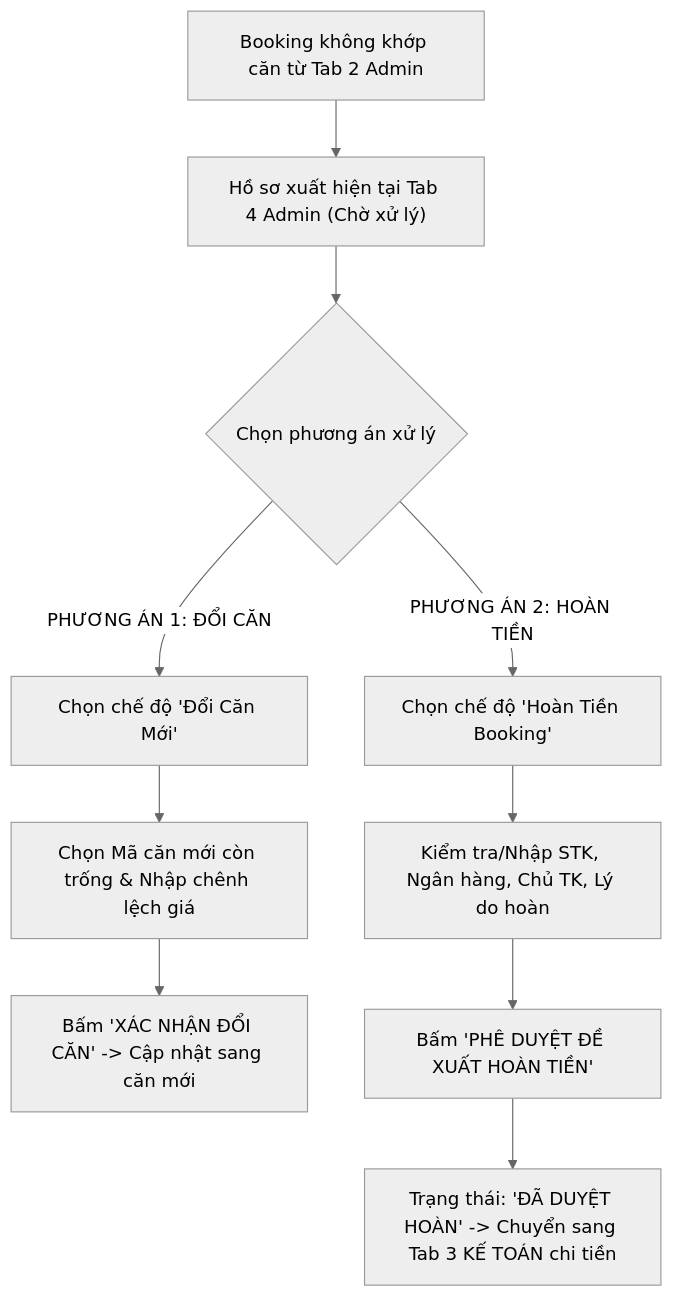
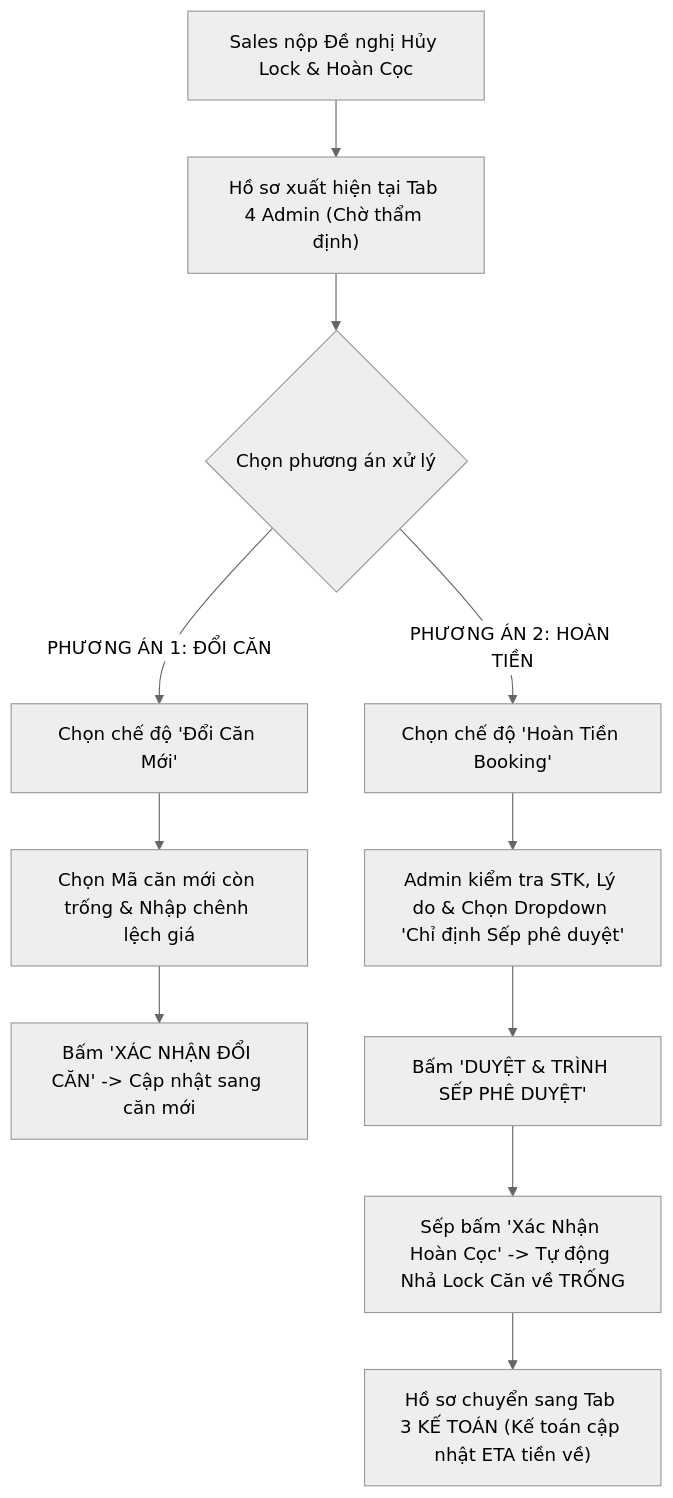
Before and after one commit to hdz1210/NW-BA-booking-document: the diagram in admin/TAB_04_HOAN_BOOKING_VA_DOI_CAN.md, drawn with Mermaid (neutral theme). The commit also changed other lines of this file and 3 other files, not shown here.

Commit message:
docs(ba): update cancel lock and refund workflow with boss approval and real-time ETA tracking

````diff
--- a/admin/TAB_04_HOAN_BOOKING_VA_DOI_CAN.md
+++ b/admin/TAB_04_HOAN_BOOKING_VA_DOI_CAN.md
@@ -22,16 +25,17 @@
 ```mermaid
 flowchart TD
-    A["Booking không khớp căn từ Tab 2 Admin"] --> B["Hồ sơ xuất hiện tại Tab 4 Admin (Chờ xử lý)"]
+    A["Sales nộp Đề nghị Hủy Lock & Hoàn Cọc"] --> B["Hồ sơ xuất hiện tại Tab 4 Admin (Chờ thẩm định)"]
     B --> C{"Chọn phương án xử lý"}
     
     %% Luồng Đổi Căn
     C -- "PHƯƠNG ÁN 1: ĐỔI CĂN" --> D["Chọn chế độ 'Đổi Căn Mới'"]
     D --> E["Chọn Mã căn mới còn trống & Nhập chênh lệch giá"]
     E --> F["Bấm 'XÁC NHẬN ĐỔI CĂN' -> Cập nhật sang căn mới"]
     
     %% Luồng Hoàn Tiền
     C -- "PHƯƠNG ÁN 2: HOÀN TIỀN" --> G["Chọn chế độ 'Hoàn Tiền Booking'"]
-    G --> H["Kiểm tra/Nhập STK, Ngân hàng, Chủ TK, Lý do hoàn"]
-    H --> I["Bấm 'PHÊ DUYỆT ĐỀ XUẤT HOÀN TIỀN'"]
-    I --> J["Trạng thái: 'ĐÃ DUYỆT HOÀN' -> Chuyển sang Tab 3 KẾ TOÁN chi tiền"]
+    G --> H["Admin kiểm tra STK, Lý do & Chọn Dropdown 'Chỉ định Sếp phê duyệt'"]
+    H --> I["Bấm 'DUYỆT & TRÌNH SẾP PHÊ DUYỆT'"]
+    I --> J["Sếp bấm 'Xác Nhận Hoàn Cọc' -> Tự động Nhả Lock Căn về TRỐNG"]
+    J --> K["Hồ sơ chuyển sang Tab 3 KẾ TOÁN (Kế toán cập nhật ETA tiền về)"]
 ```
````
